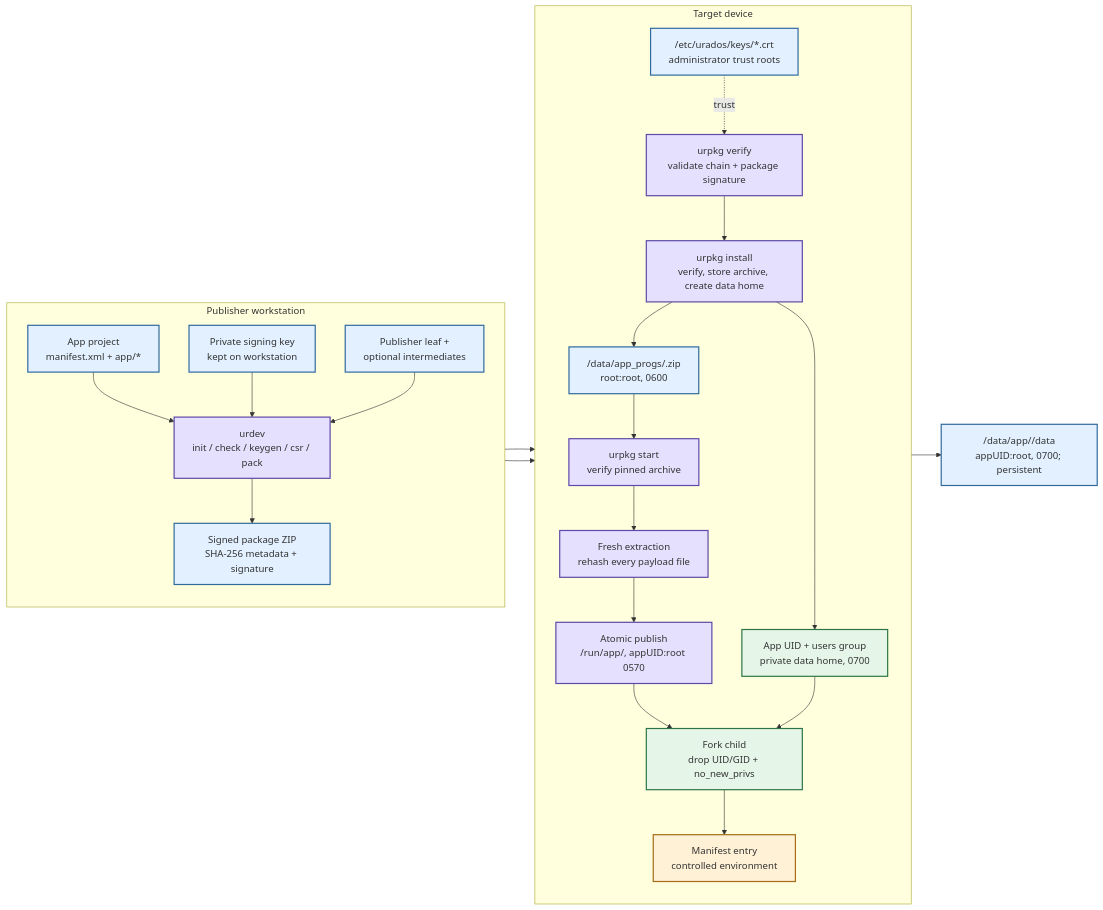
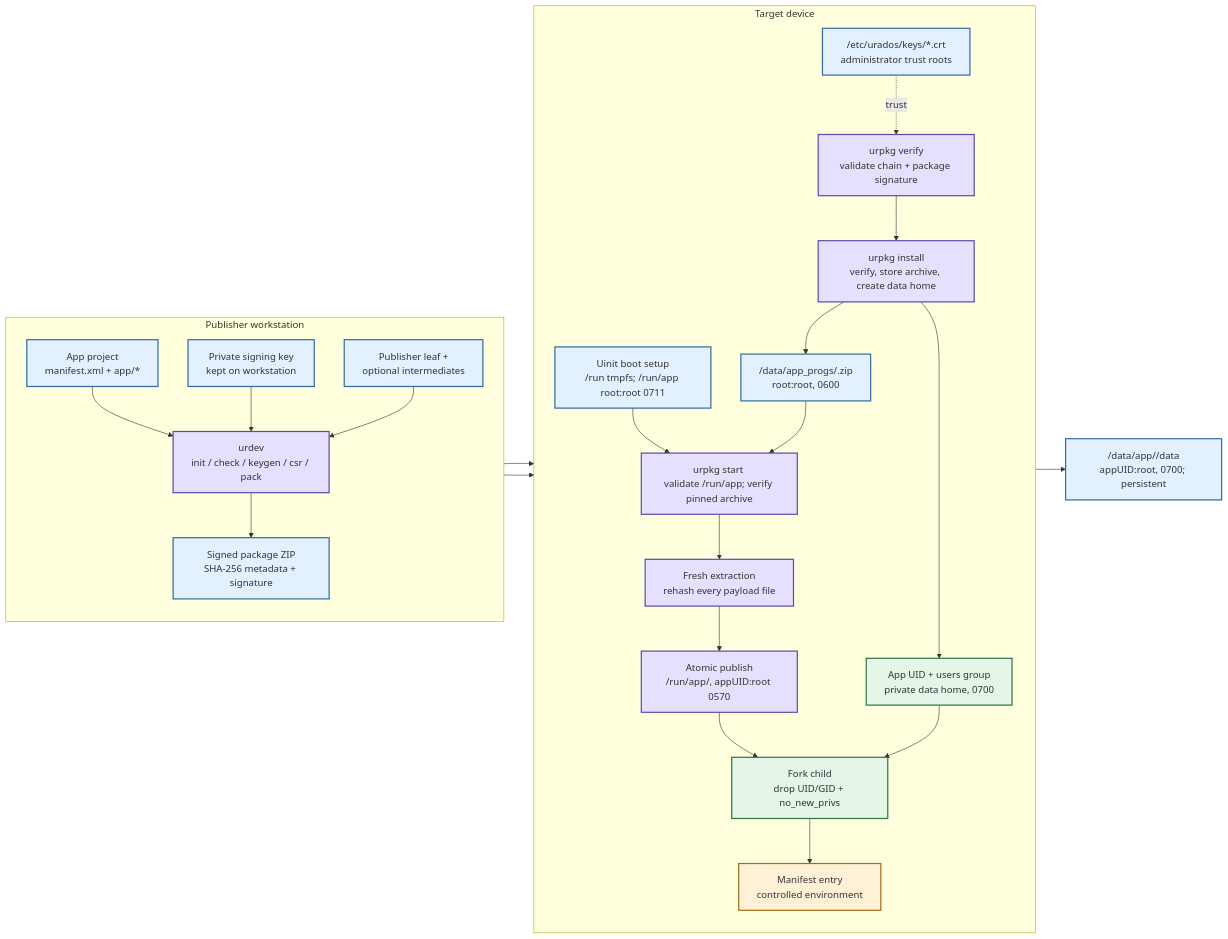
One commit to project-urados/Urados changed the diagram in docs/images/flow.mmd. Above: the diagram before and after it, drawn with Mermaid. The commit also changed 8 other files, not shown here.

```diff
--- a/docs/images/flow.mmd
+++ b/docs/images/flow.mmd
@@ -1,47 +1,49 @@
 %% Urados package-manager lifecycle
 %% Render with: manus-render-diagram docs/images/flow.mmd docs/images/flow.png
 flowchart LR
     subgraph DEV[Publisher workstation]
         direction TB
         PROJECT["App project\nmanifest.xml + app/*"]
         URDEV["urdev\ninit / check / keygen / csr / pack"]
         KEY["Private signing key\nkept on workstation"]
         CHAIN["Publisher leaf +\noptional intermediates"]
         ZIP["Signed package ZIP\nSHA-256 metadata + signature"]
         PROJECT --> URDEV
         KEY --> URDEV
         CHAIN --> URDEV
         URDEV --> ZIP
     end
 
     ZIP --> VERIFY["urpkg verify\nvalidate chain + package signature"]
 
     subgraph DEVICE[Target device]
         direction TB
         ROOT["/etc/urados/keys/*.crt\nadministrator trust roots"]
+        INITRUN["Uinit boot setup\n/run tmpfs; /run/app root:root 0711"]
         INSTALL["urpkg install\nverify, store archive, create data home"]
         ARCHIVE["/data/app_progs/<name>.zip\nroot:root, 0600"]
         ID["App UID + users group\nprivate data home, 0700"]
-        START["urpkg start <name>\nverify pinned archive"]
+        START["urpkg start <name>\nvalidate /run/app; verify pinned archive"]
         STAGE["Fresh extraction\nrehash every payload file"]
         PUBLISH["Atomic publish\n/run/app/<name>, appUID:root 0570"]
         DROP["Fork child\ndrop UID/GID + no_new_privs"]
         APP["Manifest entry\ncontrolled environment"]
         ROOT -. trust .-> VERIFY
+        INITRUN --> START
         VERIFY --> INSTALL --> ARCHIVE
         INSTALL --> ID
         ARCHIVE --> START --> STAGE --> PUBLISH --> DROP --> APP
         ID --> DROP
     end
 
     ZIP --> VERIFY
     APP --> DATA["/data/app/<name>/data\nappUID:root, 0700; persistent"]
 
     classDef command fill:#e6e0ff,stroke:#5e4aa8,stroke-width:2px;
     classDef storage fill:#e2f0ff,stroke:#316b9e,stroke-width:2px;
     classDef security fill:#e5f6e8,stroke:#2d7545,stroke-width:2px;
     classDef process fill:#fff1d6,stroke:#a56b16,stroke-width:2px;
-    class PROJECT,KEY,CHAIN,ZIP,ROOT,ARCHIVE,DATA storage;
+    class PROJECT,KEY,CHAIN,ZIP,ROOT,ARCHIVE,DATA,INITRUN storage;
     class URDEV,VERIFY,INSTALL,START,STAGE,PUBLISH command;
     class ID,DROP security;
     class APP process;
```
